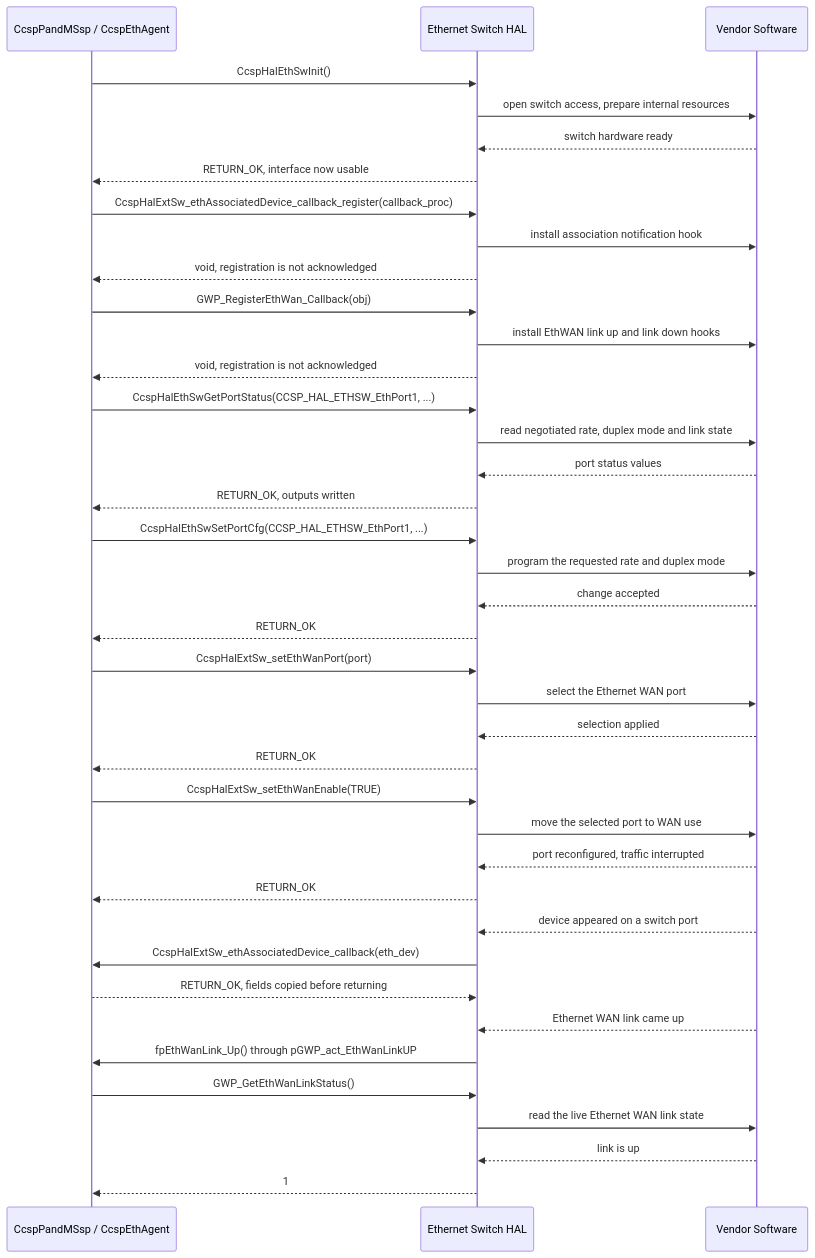
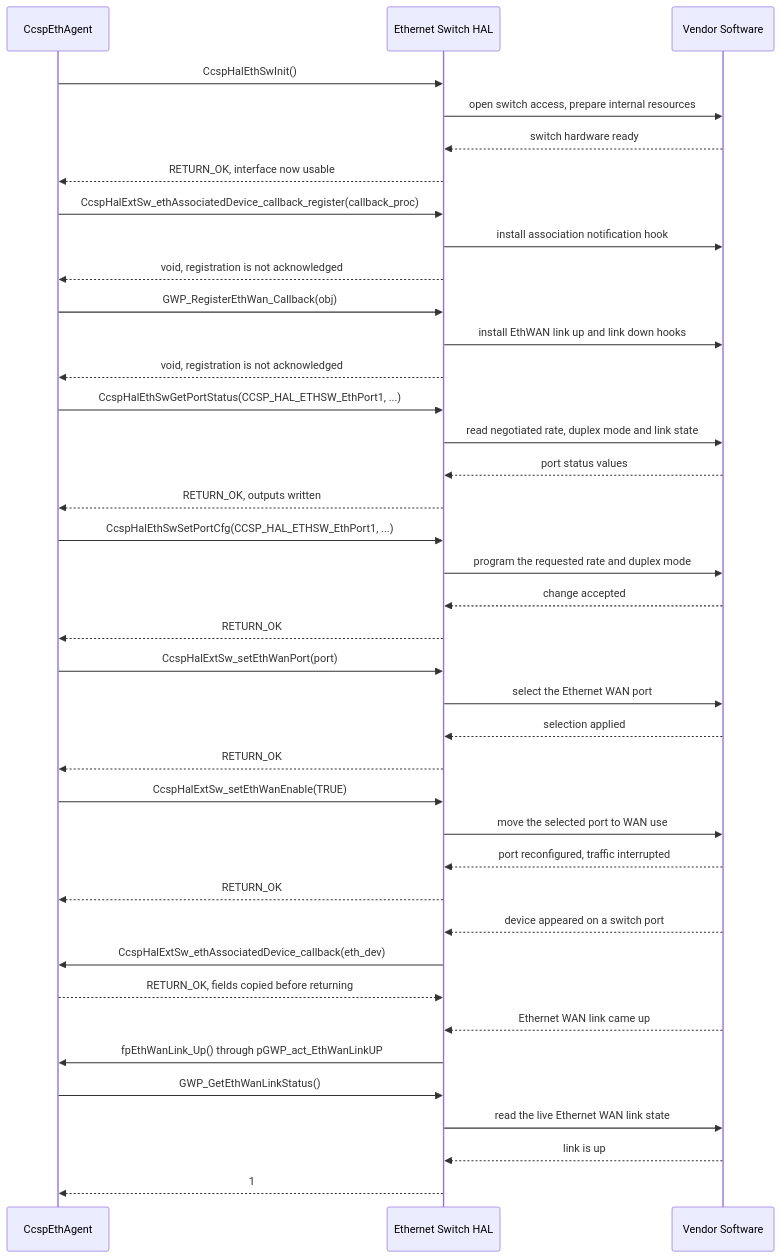
One commit to rdkcentral/rdkb-halif-ethsw changed the second of 2 diagrams in docs/pages/EthSWHAlSpec.md. Above: the diagram before and after it, drawn with Mermaid.

Commit message:
Removed CCSPPandM

````diff
--- a/docs/pages/EthSWHAlSpec.md
+++ b/docs/pages/EthSWHAlSpec.md
@@ -641,41 +641,41 @@
 ```mermaid
 sequenceDiagram
-    participant Caller as CcspPandMSsp / CcspEthAgent
+    participant Caller as CcspEthAgent
     participant HAL as Ethernet Switch HAL
     participant Vendor as Vendor Software
     Caller->>HAL: CcspHalEthSwInit()
     HAL->>Vendor: open switch access, prepare internal resources
     Vendor-->>HAL: switch hardware ready
     HAL-->>Caller: RETURN_OK, interface now usable
     Caller->>HAL: CcspHalExtSw_ethAssociatedDevice_callback_register(callback_proc)
     HAL->>Vendor: install association notification hook
     HAL-->>Caller: void, registration is not acknowledged
     Caller->>HAL: GWP_RegisterEthWan_Callback(obj)
     HAL->>Vendor: install EthWAN link up and link down hooks
     HAL-->>Caller: void, registration is not acknowledged
     Caller->>HAL: CcspHalEthSwGetPortStatus(CCSP_HAL_ETHSW_EthPort1, ...)
     HAL->>Vendor: read negotiated rate, duplex mode and link state
     Vendor-->>HAL: port status values
     HAL-->>Caller: RETURN_OK, outputs written
     Caller->>HAL: CcspHalEthSwSetPortCfg(CCSP_HAL_ETHSW_EthPort1, ...)
     HAL->>Vendor: program the requested rate and duplex mode
     Vendor-->>HAL: change accepted
     HAL-->>Caller: RETURN_OK
     Caller->>HAL: CcspHalExtSw_setEthWanPort(port)
     HAL->>Vendor: select the Ethernet WAN port
     Vendor-->>HAL: selection applied
     HAL-->>Caller: RETURN_OK
     Caller->>HAL: CcspHalExtSw_setEthWanEnable(TRUE)
     HAL->>Vendor: move the selected port to WAN use
     Vendor-->>HAL: port reconfigured, traffic interrupted
     HAL-->>Caller: RETURN_OK
     Vendor-->>HAL: device appeared on a switch port
     HAL->>Caller: CcspHalExtSw_ethAssociatedDevice_callback(eth_dev)
     Caller-->>HAL: RETURN_OK, fields copied before returning
     Vendor-->>HAL: Ethernet WAN link came up
     HAL->>Caller: fpEthWanLink_Up() through pGWP_act_EthWanLinkUP
     Caller->>HAL: GWP_GetEthWanLinkStatus()
     HAL->>Vendor: read the live Ethernet WAN link state
     Vendor-->>HAL: link is up
     HAL-->>Caller: 1
 ```
````
